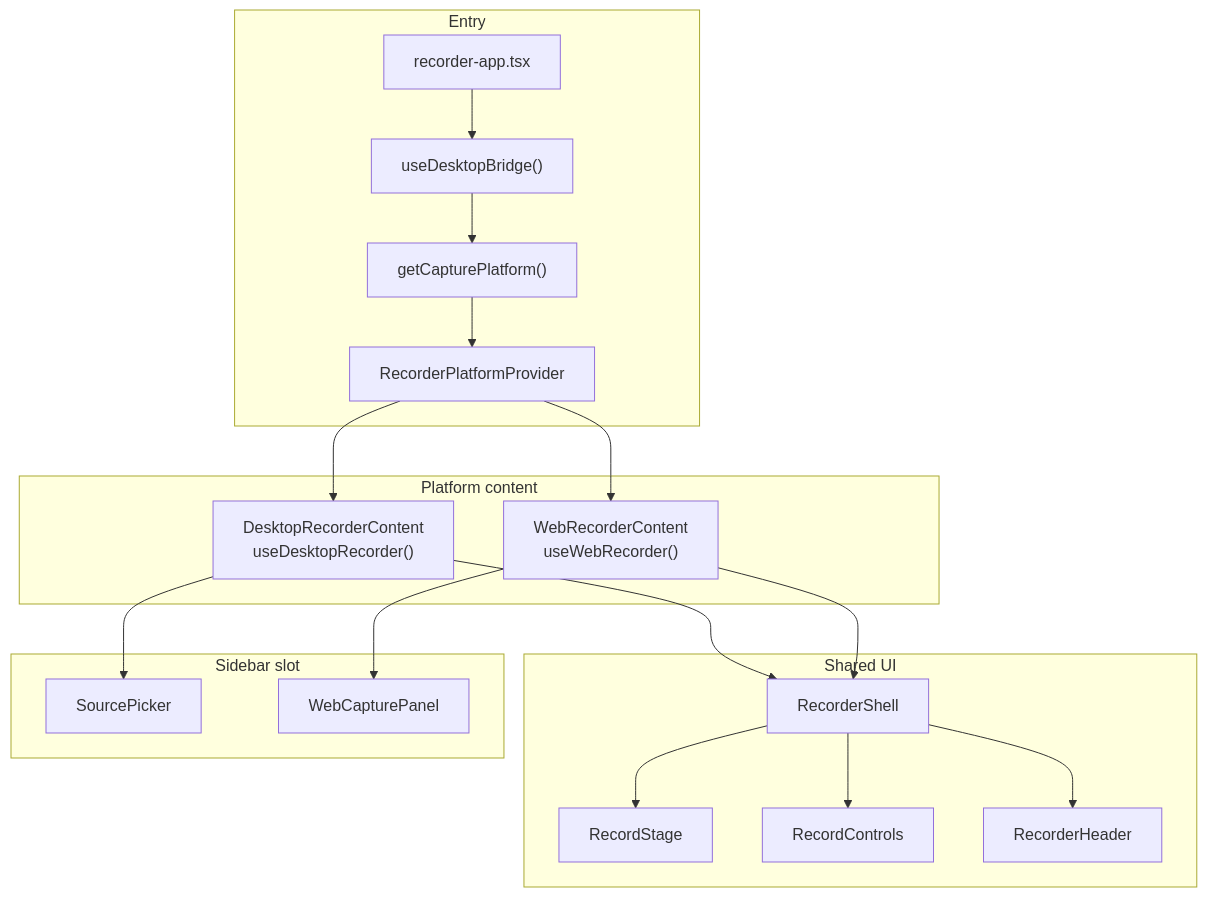
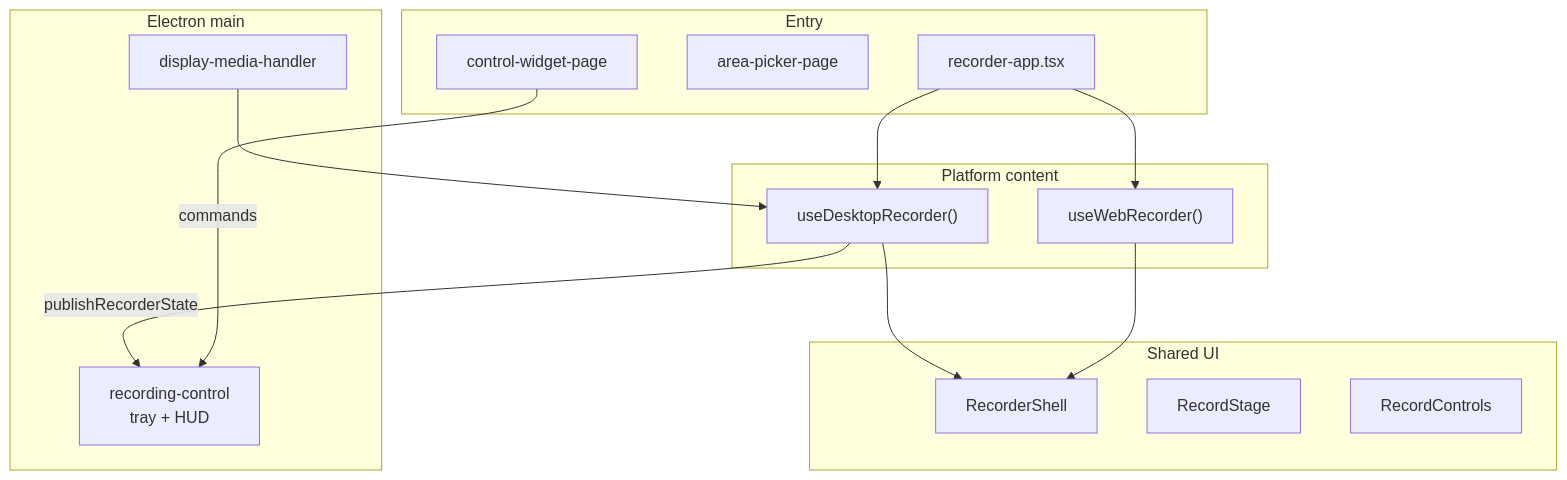
Before and after one commit to pranavgoel29/ceer: the first of 2 diagrams in README.md, drawn with Mermaid. The commit also changed other lines of this file, not shown here.

First line of the commit message:
Update README.md to enhance clarity on desktop and browser recording features

````diff
--- a/README.md
+++ b/README.md
@@ -65,37 +93,32 @@
 ```mermaid
 flowchart TB
   subgraph entry [Entry]
     App["recorder-app.tsx"]
-    Bridge["useDesktopBridge()"]
-    Plat["getCapturePlatform()"]
-    Ctx["RecorderPlatformProvider"]
+    Area["area-picker-page"]
+    Hud["control-widget-page"]
   end
 
   subgraph content [Platform content]
-    Desktop["DesktopRecorderContent\nuseDesktopRecorder()"]
-    Web["WebRecorderContent\nuseWebRecorder()"]
+    Desktop["useDesktopRecorder()"]
+    Web["useWebRecorder()"]
   end
 
   subgraph shell [Shared UI]
     Shell["RecorderShell"]
     Stage["RecordStage"]
     Controls["RecordControls"]
-    Header["RecorderHeader"]
   end
 
-  subgraph sidebars [Sidebar slot]
-    Picker["SourcePicker"]
-    Share["WebCapturePanel"]
+  subgraph main [Electron main]
+    RC["recording-control\ntray + HUD"]
+    DM["display-media-handler"]
   end
 
-  App --> Bridge --> Plat --> Ctx
-  Ctx --> Desktop
-  Ctx --> Web
+  App --> Desktop
+  App --> Web
   Desktop --> Shell
   Web --> Shell
-  Shell --> Header
-  Shell --> Stage
-  Shell --> Controls
-  Desktop --> Picker
-  Web --> Share
+  Desktop -->|publishRecorderState| RC
+  Hud -->|commands| RC
+  DM --> Desktop
 ```
````
